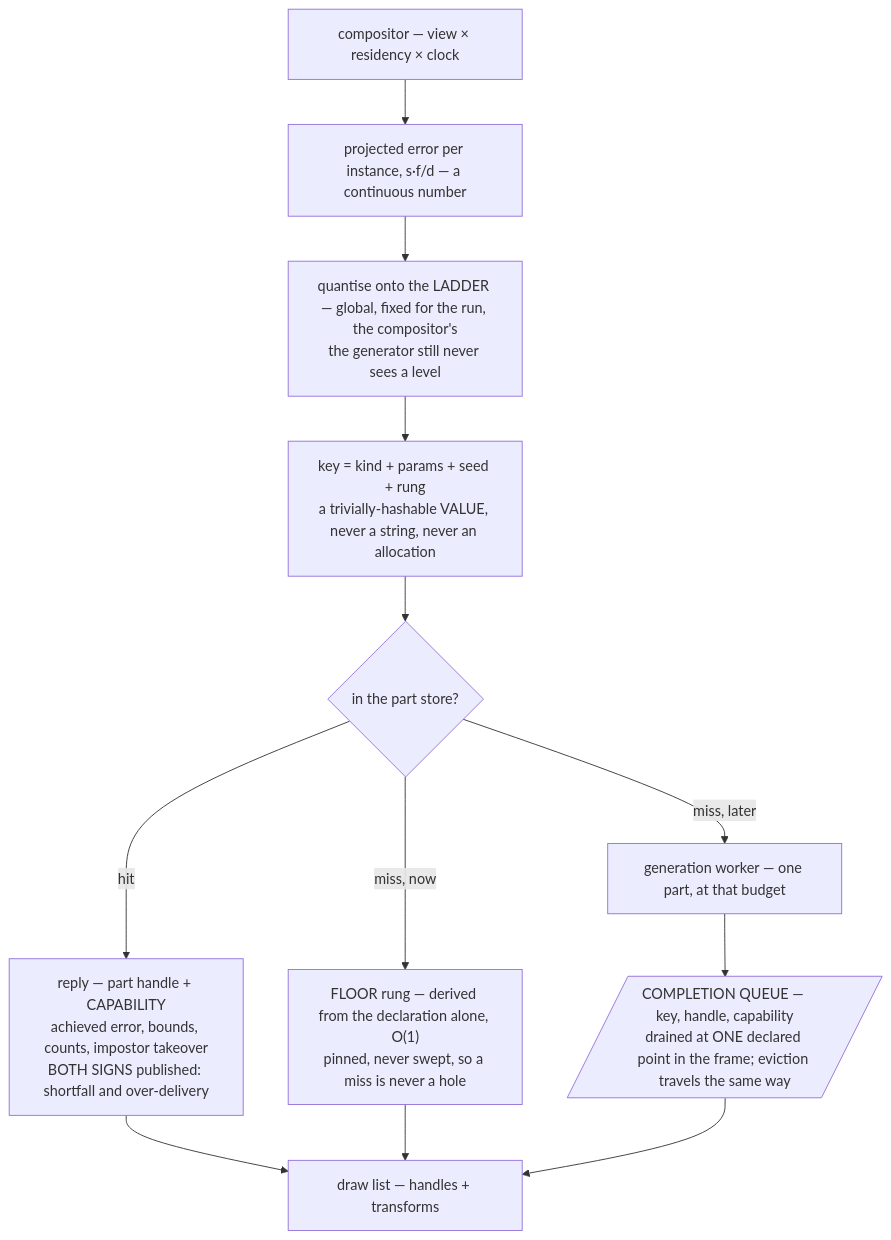
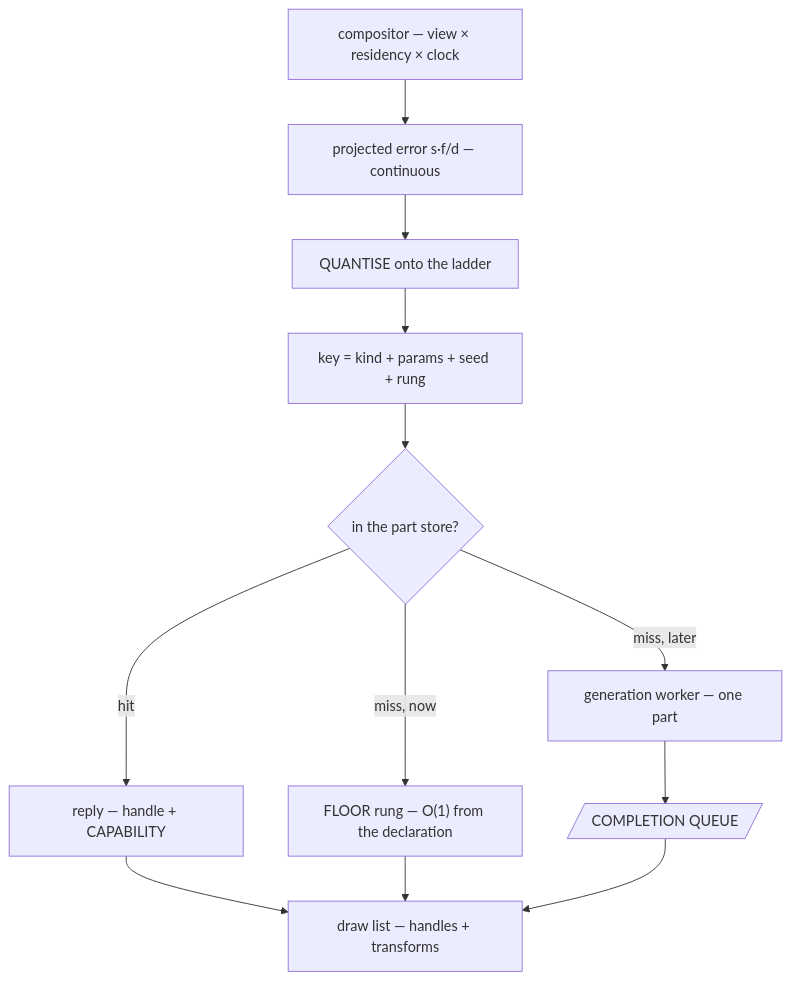
The third of 5 diagrams in CLAUDE.md (Weichwolf/outshine), drawn with Mermaid before and after one commit. The commit also changed other lines of this file, not shown here.

````diff
--- a/CLAUDE.md
+++ b/CLAUDE.md
@@ -197,18 +234,18 @@
 ```mermaid
 flowchart TD
   view["compositor — view × residency × clock"]
-  err["projected error per instance, s·f/d — a continuous number"]
-  rung["quantise onto the LADDER — global, fixed for the run, the compositor's<br/>the generator still never sees a level"]
-  key["key = kind + params + seed + rung<br/>a trivially-hashable VALUE, never a string, never an allocation"]
+  err["projected error s·f/d — continuous"]
+  rung["QUANTISE onto the ladder"]
+  key["key = kind + params + seed + rung"]
   hit{"in the part store?"}
-  cap["reply — part handle + CAPABILITY<br/>achieved error, bounds, counts, impostor takeover<br/>BOTH SIGNS published: shortfall and over-delivery"]
-  floor["FLOOR rung — derived from the declaration alone, O(1)<br/>pinned, never swept, so a miss is never a hole"]
-  work["generation worker — one part, at that budget"]
-  queue[/"COMPLETION QUEUE — key, handle, capability<br/>drained at ONE declared point in the frame; eviction travels the same way"/]
+  cap["reply — handle + CAPABILITY"]
+  floor["FLOOR rung — O(1) from the declaration"]
+  work["generation worker — one part"]
+  queue[/"COMPLETION QUEUE"/]
   list["draw list — handles + transforms"]
 
   view --> err --> rung --> key --> hit
   hit -->|hit| cap --> list
   hit -->|miss, now| floor --> list
   hit -->|miss, later| work --> queue --> list
 ```
````
